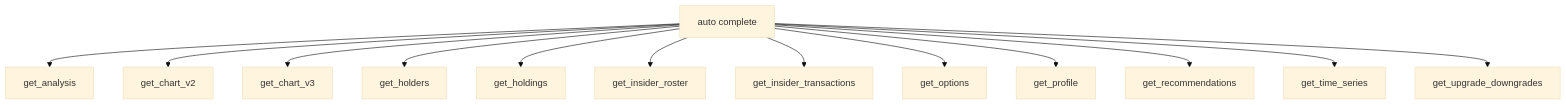
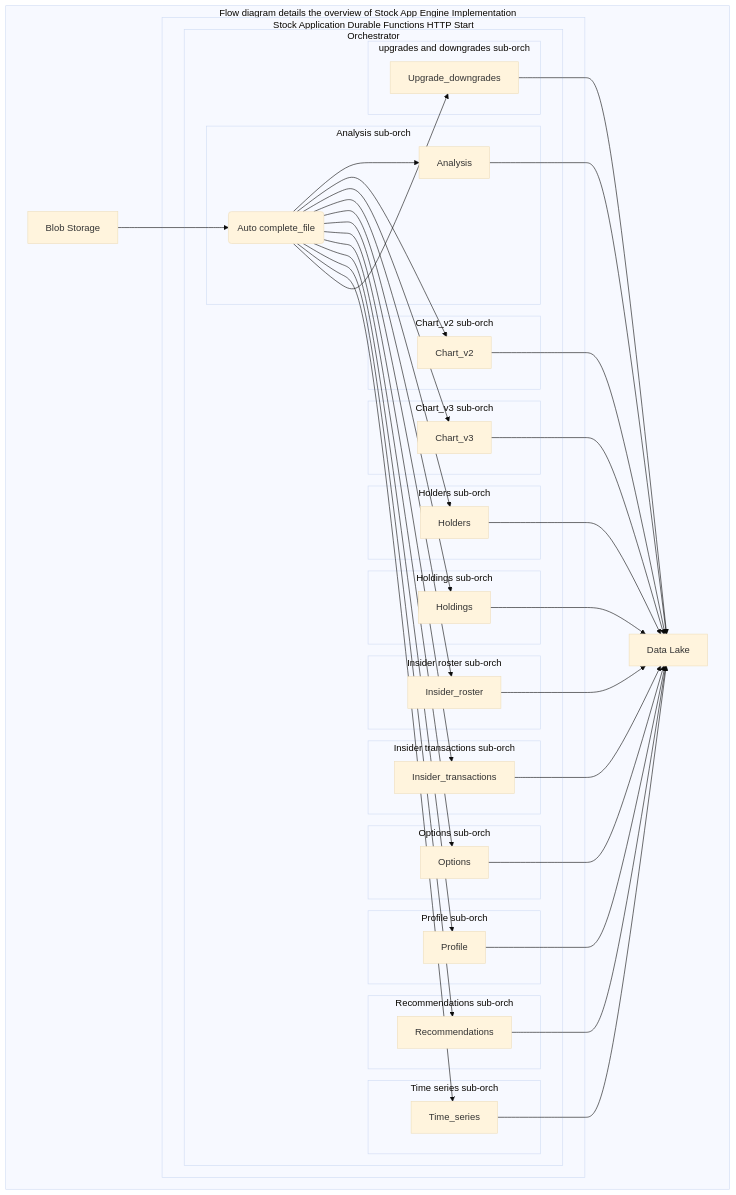
The diagram in README.md (Market-Finance/stockApps), drawn with Mermaid (base theme) before and after one commit. The commit also changed other lines of this file, not shown here.

Commit message:
testing the flow diagram

````diff
--- a/README.md
+++ b/README.md
@@ -192,30 +252,87 @@
 ```mermaid
     graph TD
-    A[auto complete] 
-    A1[get_analysis]
-    A2[get_chart_v2]
-    A3[get_chart_v3]
-    A4[get_holders]
-    A5[get_holdings]
-    A6[get_insider_roster]
-    A7[get_insider_transactions]
-    A8[get_options]
-    A9[get_profile]
-    A10[get_recommendations]
-    A11[get_time_series]
-    A12[get_upgrade_downgrades]
+    A(Auto complete_file)
+    A1[Analysis]
+    A2[Chart_v2]
+    A3[Chart_v3]
+    A4[Holders]
+    A5[Holdings]
+    A6[Insider_roster]
+    A7[Insider_transactions]
+    A8[Options]
+    A9[Profile]
+    A10[Recommendations]
+    A11[Time_series]
+    A12[Upgrade_downgrades]
 
-    A --> A1
-    A --> A2
-    A --> A3
-    A --> A4
-    A --> A5
-    A --> A6
-    A --> A7
-    A --> A8
-    A --> A9
-    A --> A10
-    A --> A11
-    A --> A12
+    I[Data Lake]
+    J[Blob Storage]
 
+    subgraph Flow diagram details the overview of Stock App Engine Implementation
+    J --> A
+        subgraph Stock Application Durable Functions HTTP Start   
+            subgraph Orchestrator
+                subgraph Analysis sub-orch
+                    A --> A1
+                    end
+                
+                subgraph Chart_v2 sub-orch
+                    A --> A2
+                    end
+
+                subgraph Chart_v3 sub-orch
+                    A --> A3
+                    end
+                
+                subgraph Holders sub-orch
+                    A --> A4
+                    end
+
+                subgraph Holdings sub-orch
+                    A --> A5
+                    end
+
+                subgraph Insider roster sub-orch
+                    A --> A6
+                    end
+                
+                subgraph Insider transactions sub-orch
+                    A --> A7
+                    end
+                
+                subgraph Options sub-orch
+                    A --> A8
+                    end
+
+                subgraph Profile sub-orch
+                    A --> A9
+                    end
+
+                subgraph Recommendations sub-orch
+                    A --> A10
+                    end
+
+                subgraph Time series sub-orch
+                    A --> A11
+                    end
+
+                subgraph upgrades and downgrades sub-orch
+                    A --> A12
+                    end
+                end
+            end
+    A1 --> I
+    A2 --> I
+    A3 --> I
+    A4 --> I
+    A5 --> I
+    A6 --> I
+    A7 --> I
+    A8 --> I
+    A9 --> I
+    A10 --> I
+    A11 --> I
+    A12 --> I
+        end
+    
 ```
````
